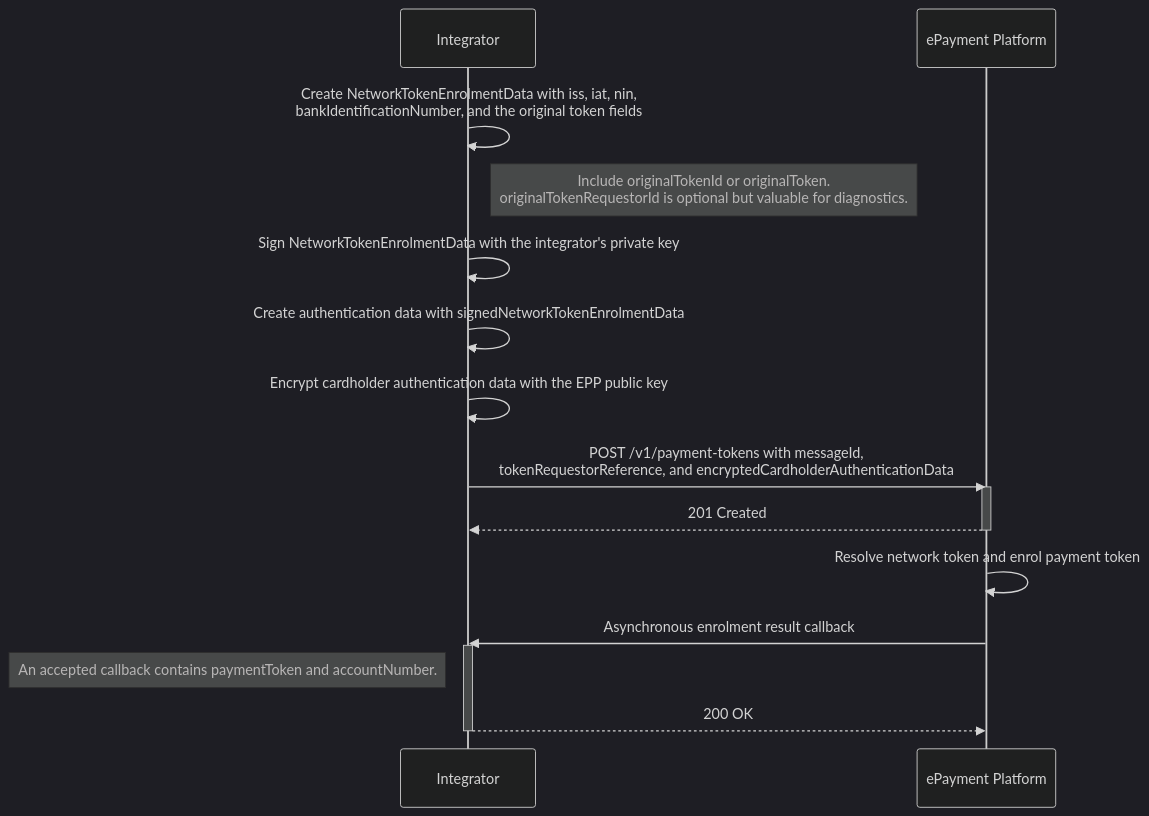
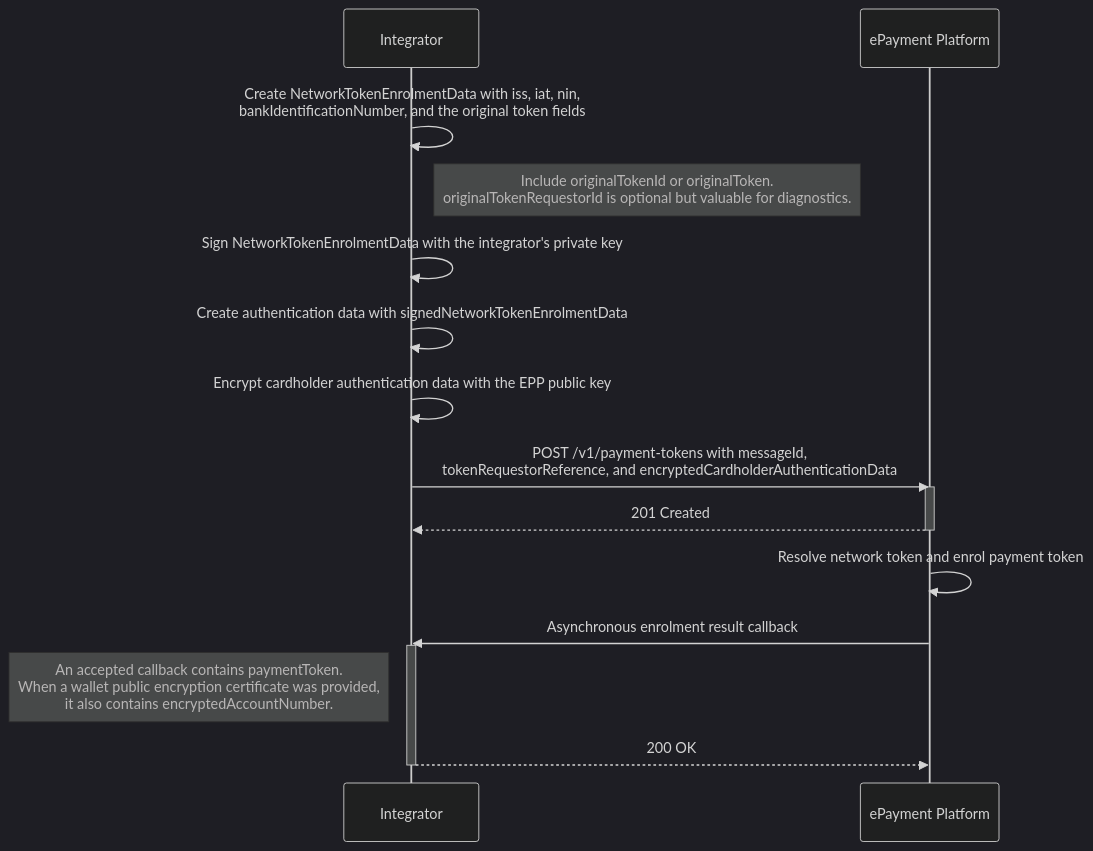
One commit to BankAxept/bankaxept-epayment-development-kit changed the second of 3 diagrams in docs/enrolment_and_payment.md. Above: the diagram before and after it, drawn with Mermaid (dark theme). The commit also changed other lines of this file and 11 other files, not shown here.

Commit message:
feat(enrolment): encrypt callback account number (#328)

````diff
--- a/docs/enrolment_and_payment.md
+++ b/docs/enrolment_and_payment.md
@@ -103,21 +105,21 @@
 ```mermaid
 sequenceDiagram
     participant Integrator
     participant EPP as ePayment Platform
 
     Integrator ->> Integrator: Create NetworkTokenEnrolmentData with iss, iat, nin,<br/>bankIdentificationNumber, and the original token fields
     note right of Integrator: Include originalTokenId or originalToken.<br/>originalTokenRequestorId is optional but valuable for diagnostics.
     Integrator ->> Integrator: Sign NetworkTokenEnrolmentData with the integrator's private key
     Integrator ->> Integrator: Create authentication data with signedNetworkTokenEnrolmentData
     Integrator ->> Integrator: Encrypt cardholder authentication data with the EPP public key
     Integrator ->> EPP: POST /v1/payment-tokens with messageId,<br/>tokenRequestorReference, and encryptedCardholderAuthenticationData
     activate EPP
     EPP -->> Integrator: 201 Created
     deactivate EPP
     EPP ->> EPP: Resolve network token and enrol payment token
     EPP ->> Integrator: Asynchronous enrolment result callback
     activate Integrator
-    note left of Integrator: An accepted callback contains paymentToken and accountNumber.
+    note left of Integrator: An accepted callback contains paymentToken.<br/>When a wallet public encryption certificate was provided,<br/>it also contains encryptedAccountNumber.
     Integrator -->> EPP: 200 OK
     deactivate Integrator
 ```
````
